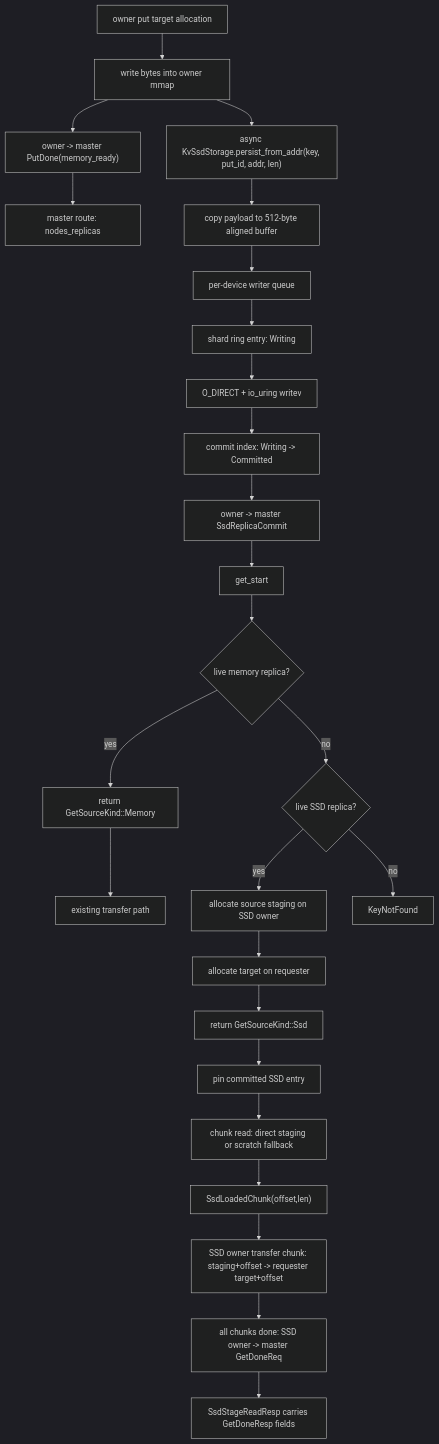
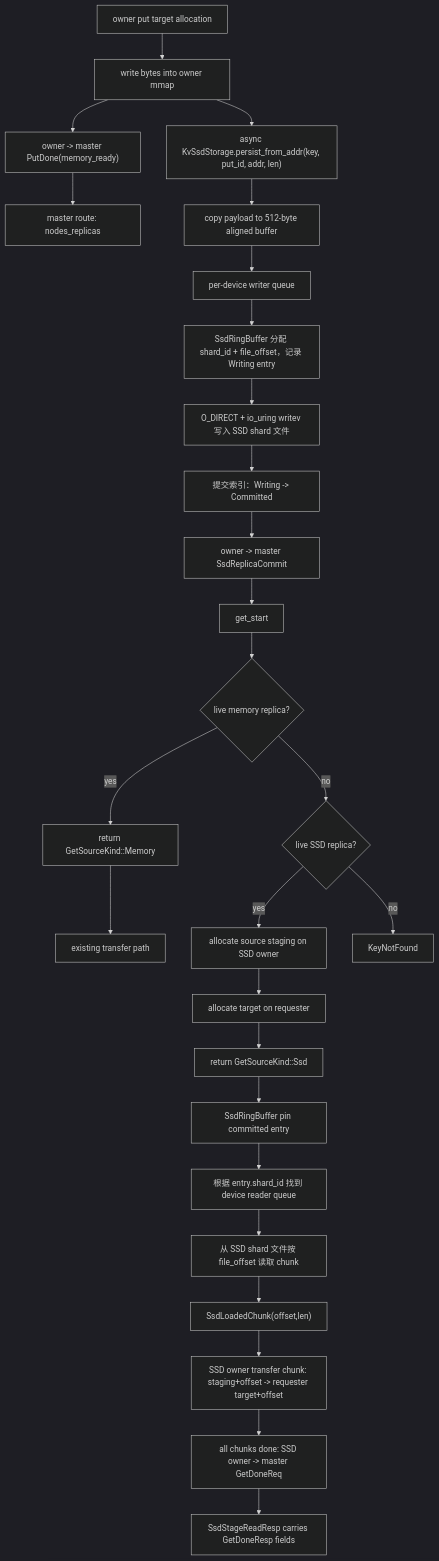
The first of 6 diagrams in fluxon_doc_cn/design/kv_5_SSD存储设计.md (Tele-AI/Fluxon), drawn with Mermaid (dark theme) before and after one commit. The commit also changed other lines of this file, not shown here.

Commit message:
docs: update SSD KV storage design

````diff
--- a/fluxon_doc_cn/design/kv_5_SSD存储设计.md
+++ b/fluxon_doc_cn/design/kv_5_SSD存储设计.md
@@ -44,31 +44,32 @@
 ```mermaid
 flowchart TD
     A["owner put target allocation"] --> B["write bytes into owner mmap"]
     B --> G["owner -> master PutDone(memory_ready)"]
     G --> H["master route: nodes_replicas"]
     B --> C["async KvSsdStorage.persist_from_addr(key, put_id, addr, len)"]
     C --> D["copy payload to 512-byte aligned buffer"]
     D --> E["per-device writer queue"]
-    E --> E2["shard ring entry: Writing"]
-    E2 --> E3["O_DIRECT + io_uring writev"]
-    E3 --> F["commit index: Writing -> Committed"]
+    E --> E2["SsdRingBuffer 分配 shard_id + file_offset，记录 Writing entry"]
+    E2 --> E3["O_DIRECT + io_uring writev 写入 SSD shard 文件"]
+    E3 --> F["提交索引：Writing -> Committed"]
     F --> I["owner -> master SsdReplicaCommit"]
     I --> J["master route: ssd_replicas"]
 
     J["get_start"] --> K{"live memory replica?"}
     K -->|yes| L["return GetSourceKind::Memory"]
     L --> M["existing transfer path"]
 
     K -->|no| N{"live SSD replica?"}
     N -->|yes| O["allocate source staging on SSD owner"]
     O --> P["allocate target on requester"]
     P --> Q["return GetSourceKind::Ssd"]
-    Q --> R0["pin committed SSD entry"]
-    R0 --> R["chunk read: direct staging or scratch fallback"]
+    Q --> R0["SsdRingBuffer pin committed entry"]
+    R0 --> R1["根据 entry.shard_id 找到 device reader queue"]
+    R1 --> R["从 SSD shard 文件按 file_offset 读取 chunk"]
     R --> S["SsdLoadedChunk(offset,len)"]
     S --> W["SSD owner transfer chunk: staging+offset -> requester target+offset"]
     W --> T["all chunks done: SSD owner -> master GetDoneReq"]
     T --> V["SsdStageReadResp carries GetDoneResp fields"]
 
     N -->|no| U["KeyNotFound"]
 ```
````
